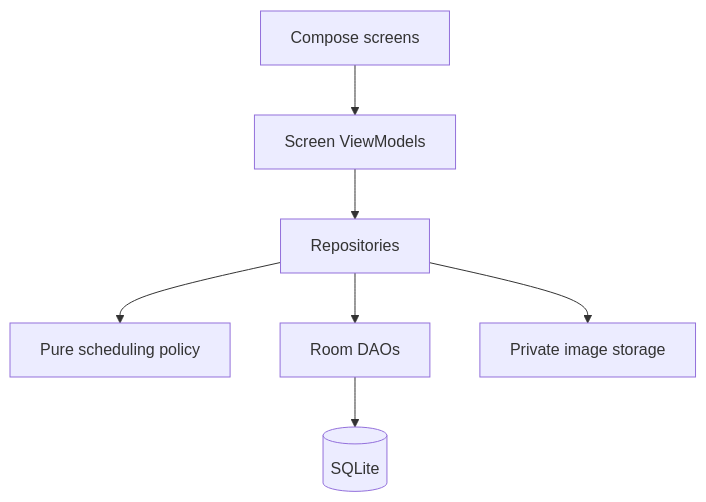
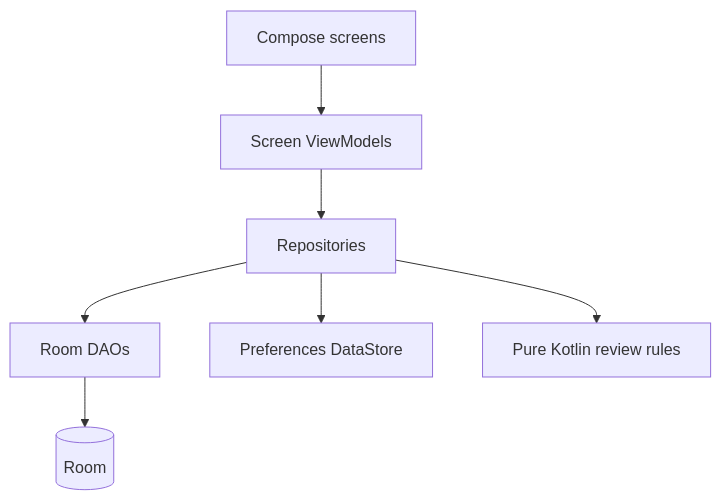
One commit to mitsuhou/FlashcardApp changed the diagram in docs/3-Tech stacks.md. Above: the diagram before and after it, drawn with Mermaid. The commit also changed other lines of this file and 15 other files, not shown here.

````diff
--- a/docs/3-Tech stacks.md
+++ b/docs/3-Tech stacks.md
@@ -50,9 +31,9 @@
 ```mermaid
 flowchart TD
     UI[Compose screens] --> VM[Screen ViewModels]
     VM --> R[Repositories]
-    R --> S[Pure scheduling policy]
     R --> DAO[Room DAOs]
-    DAO --> DB[(SQLite)]
-    R --> F[Private image storage]
+    DAO --> DB[(Room)]
+    R --> P[Preferences DataStore]
+    R --> S[Pure Kotlin review rules]
 ```
````
